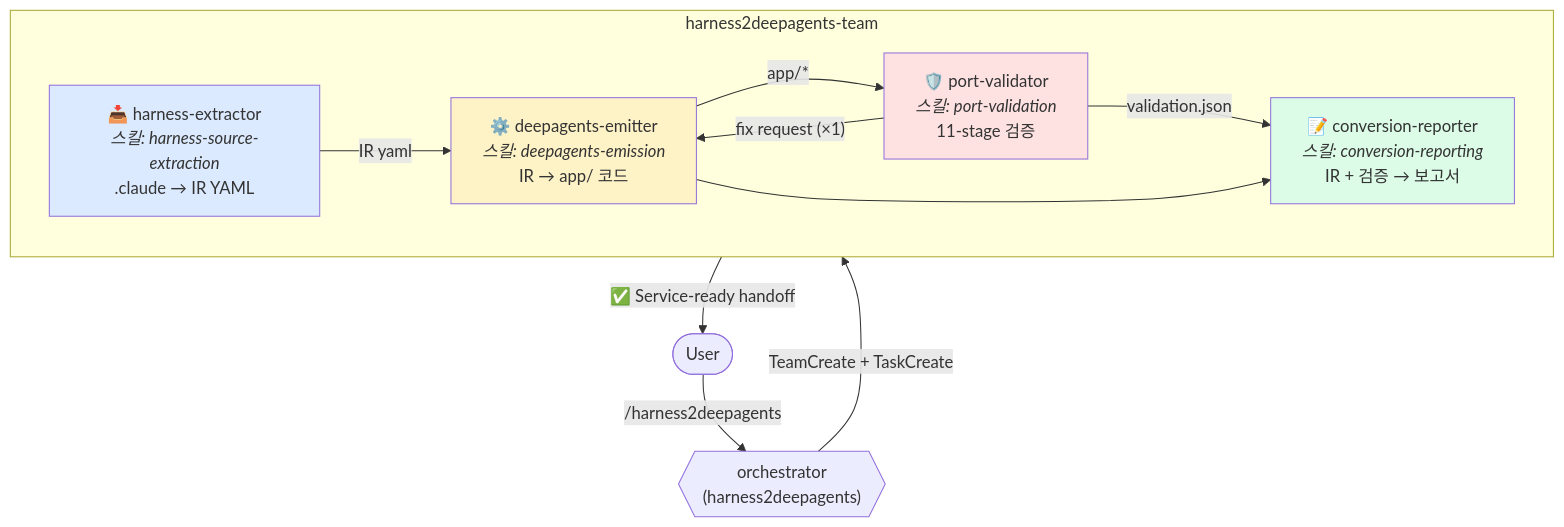
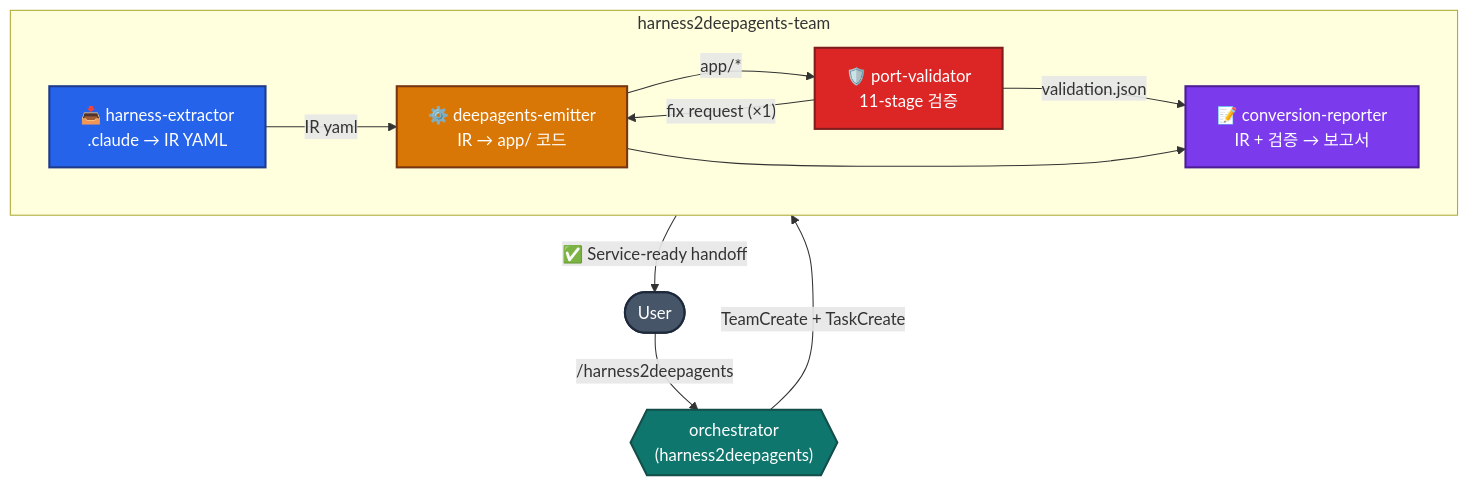
Before and after one commit to tykimos/harness2deepagents: the second of 10 diagrams in .claude/skills/harness2deepagents/README.md, drawn with Mermaid. The commit also changed other lines of this file and 1 other file, not shown here.

First line of the commit message:
fix(readme): theme-safe mermaid styling for dark + light modes

````diff
--- a/.claude/skills/harness2deepagents/README.md
+++ b/.claude/skills/harness2deepagents/README.md
@@ -76,28 +80,30 @@
 ```mermaid
 graph TB
-    User([User])
+    classDef inp fill:#2563eb,color:#fff,stroke:#1e3a8a,stroke-width:2px
+    classDef proc fill:#d97706,color:#fff,stroke:#78350f,stroke-width:2px
+    classDef val fill:#dc2626,color:#fff,stroke:#7f1d1d,stroke-width:2px
+    classDef rep fill:#7c3aed,color:#fff,stroke:#4c1d95,stroke-width:2px
+    classDef orch fill:#0f766e,color:#fff,stroke:#134e4a,stroke-width:2px
+    classDef user fill:#475569,color:#fff,stroke:#1e293b,stroke-width:2px
 
-    Orchestrator{{"orchestrator<br/>(harness2deepagents)"}}
+    User([User]):::user
+
+    Orchestrator{{"orchestrator<br/>(harness2deepagents)"}}:::orch
 
     subgraph Team["harness2deepagents-team"]
         direction LR
-        Extractor["📥 harness-extractor<br/><i>스킬: harness-source-extraction</i><br/>.claude → IR YAML"]
-        Emitter["⚙️ deepagents-emitter<br/><i>스킬: deepagents-emission</i><br/>IR → app/ 코드"]
-        Validator["🛡️ port-validator<br/><i>스킬: port-validation</i><br/>11-stage 검증"]
-        Reporter["📝 conversion-reporter<br/><i>스킬: conversion-reporting</i><br/>IR + 검증 → 보고서"]
+        Extractor["📥 harness-extractor<br/>.claude → IR YAML"]:::inp
+        Emitter["⚙️ deepagents-emitter<br/>IR → app/ 코드"]:::proc
+        Validator["🛡️ port-validator<br/>11-stage 검증"]:::val
+        Reporter["📝 conversion-reporter<br/>IR + 검증 → 보고서"]:::rep
     end
 
     User -->|"/harness2deepagents"| Orchestrator
     Orchestrator -->|TeamCreate + TaskCreate| Team
     Extractor -->|IR yaml| Emitter
     Emitter -->|app/*| Validator
     Validator -->|"fix request (×1)"| Emitter
     Validator -->|validation.json| Reporter
     Emitter --> Reporter
     Reporter -->|"✅ Service-ready handoff"| User
-
-    style Extractor fill:#dbeafe
-    style Emitter fill:#fef3c7
-    style Validator fill:#fee2e2
-    style Reporter fill:#dcfce7
 ```
````
